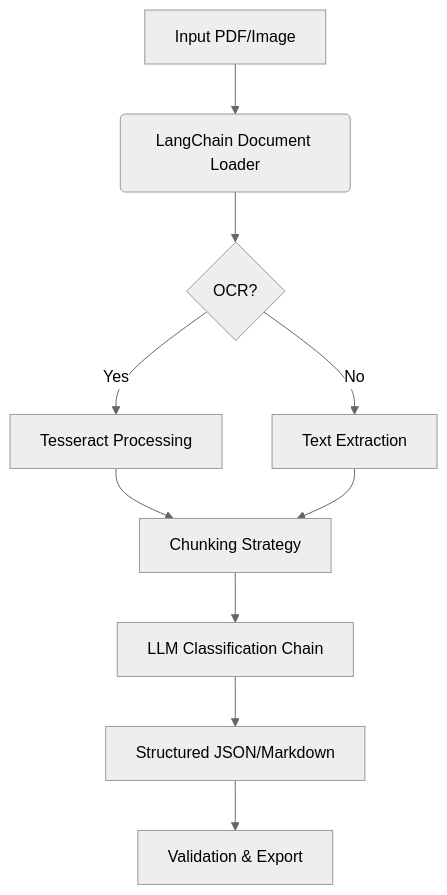
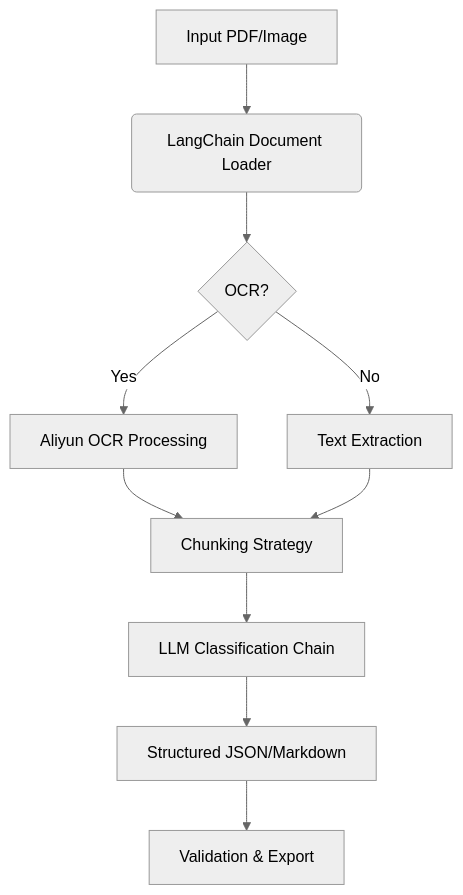
One commit to lsy7800/QuizExtractor changed the diagram in README.md. Above: the diagram before and after it, drawn with Mermaid (neutral theme). The commit also changed 19 other files, not shown here.

Commit message:
aliyun ocr feature is done

````diff
--- a/README.md
+++ b/README.md
@@ -39,12 +39,12 @@
 ```mermaid
 graph TD
     A[Input PDF/Image] --> B(LangChain Document Loader)
     B --> C{OCR?}
-    C -->|Yes| D[Tesseract Processing]
+    C -->|Yes| D[Aliyun OCR Processing]
     C -->|No| E[Text Extraction]
     D --> F[Chunking Strategy]
     E --> F
     F --> G[LLM Classification Chain]
     G --> H[Structured JSON/Markdown]
     H --> I[Validation & Export]
 ```
````
